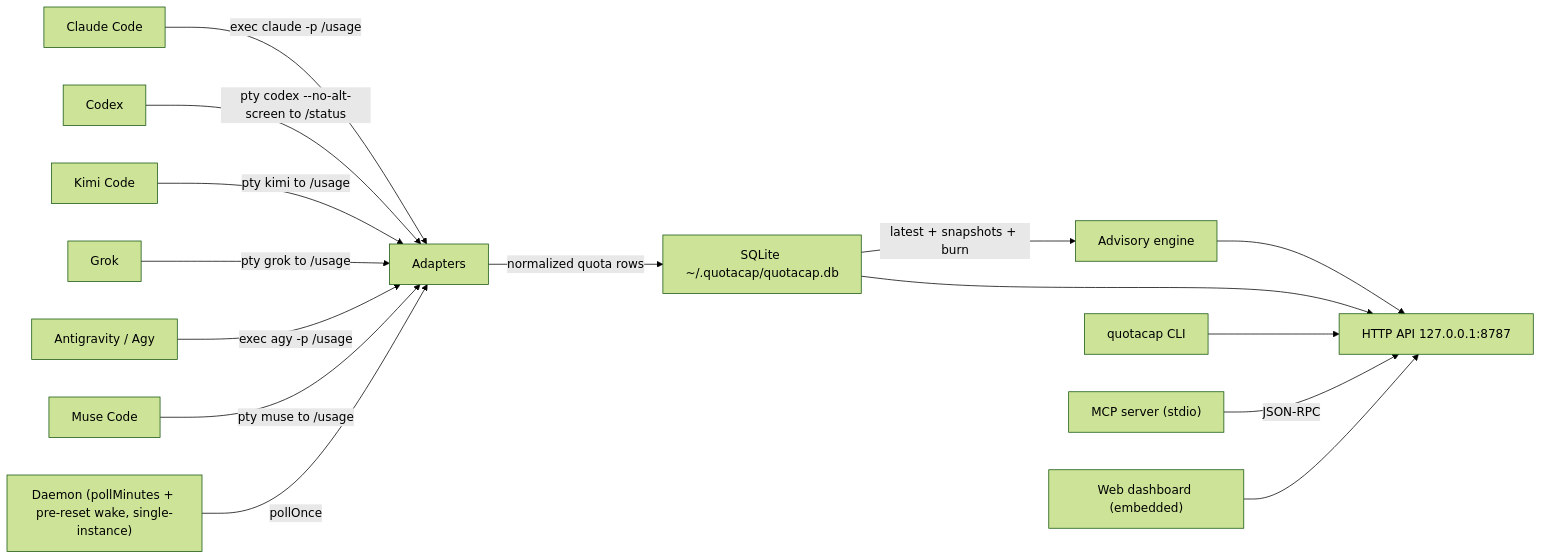
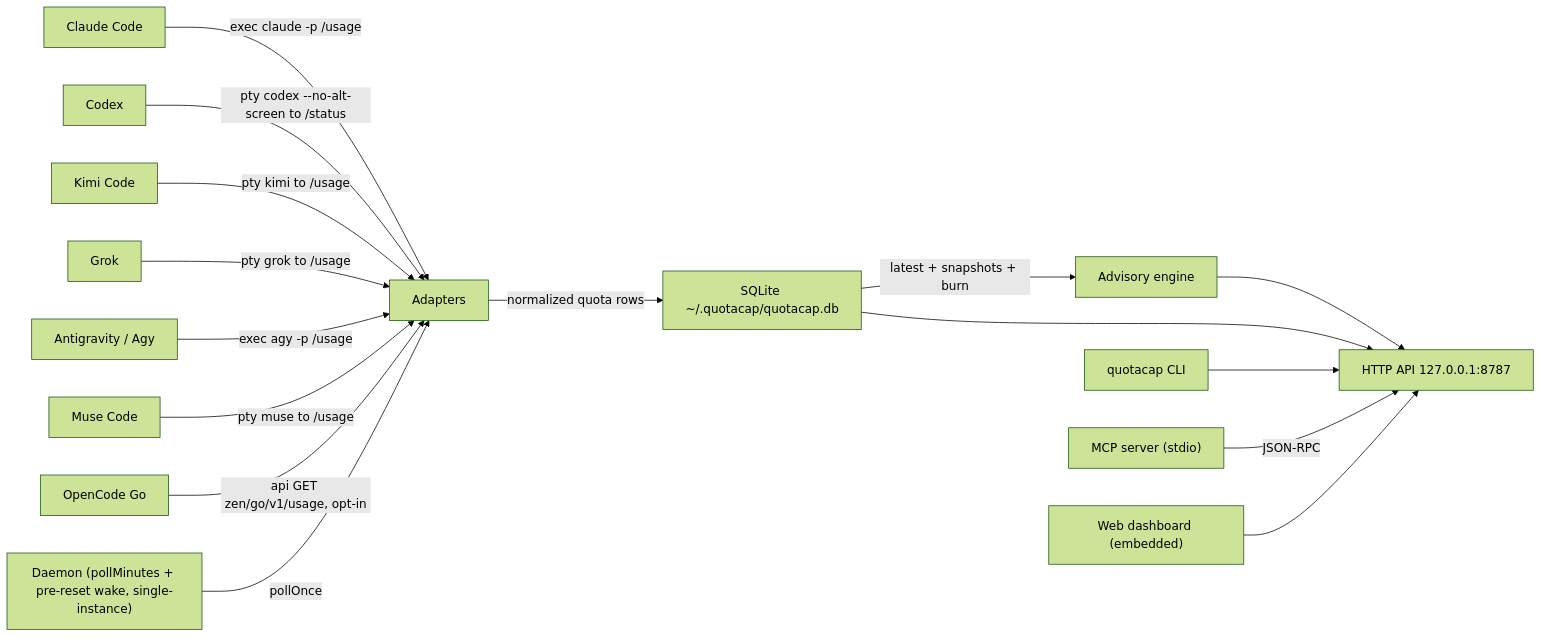
One commit to carlosboeing/quotacap changed the diagram in docs/architecture.md. Above: the diagram before and after it, drawn with Mermaid (forest theme). The commit also changed other lines of this file and 41 other files, not shown here.

First line of the commit message:
feat(opencode-go): add opt-in OpenCode Go usage adapter (#106)

````diff
--- a/docs/architecture.md
+++ b/docs/architecture.md
@@ -42,26 +42,28 @@
 ```mermaid
 flowchart LR
   CP["Claude Code"]
   CX["Codex"]
   KM["Kimi Code"]
   GK["Grok"]
   AG["Antigravity / Agy"]
   MS["Muse Code"]
+  OG["OpenCode Go"]
 
   CP -->|exec claude -p /usage| AD["Adapters"]
   CX -->|pty codex --no-alt-screen to /status| AD
   KM -->|pty kimi to /usage| AD
   GK -->|pty grok to /usage| AD
   AG -->|exec agy -p /usage| AD
   MS -->|pty muse to /usage| AD
+  OG -->|"api GET zen/go/v1/usage, opt-in"| AD
 
   AD -->|normalized quota rows| ST["SQLite ~/.quotacap/quotacap.db"]
   DT["Daemon (pollMinutes + pre-reset wake, single-instance)"] -->|pollOnce| AD
   ST -->|latest + snapshots + burn| AE["Advisory engine"]
 
   AE --> API["HTTP API 127.0.0.1:8787"]
   ST --> API
   CLI["quotacap CLI"] --> API
   MCP["MCP server (stdio)"] -->|JSON-RPC| API
   WEB["Web dashboard (embedded)"] --> API
 ```
````
